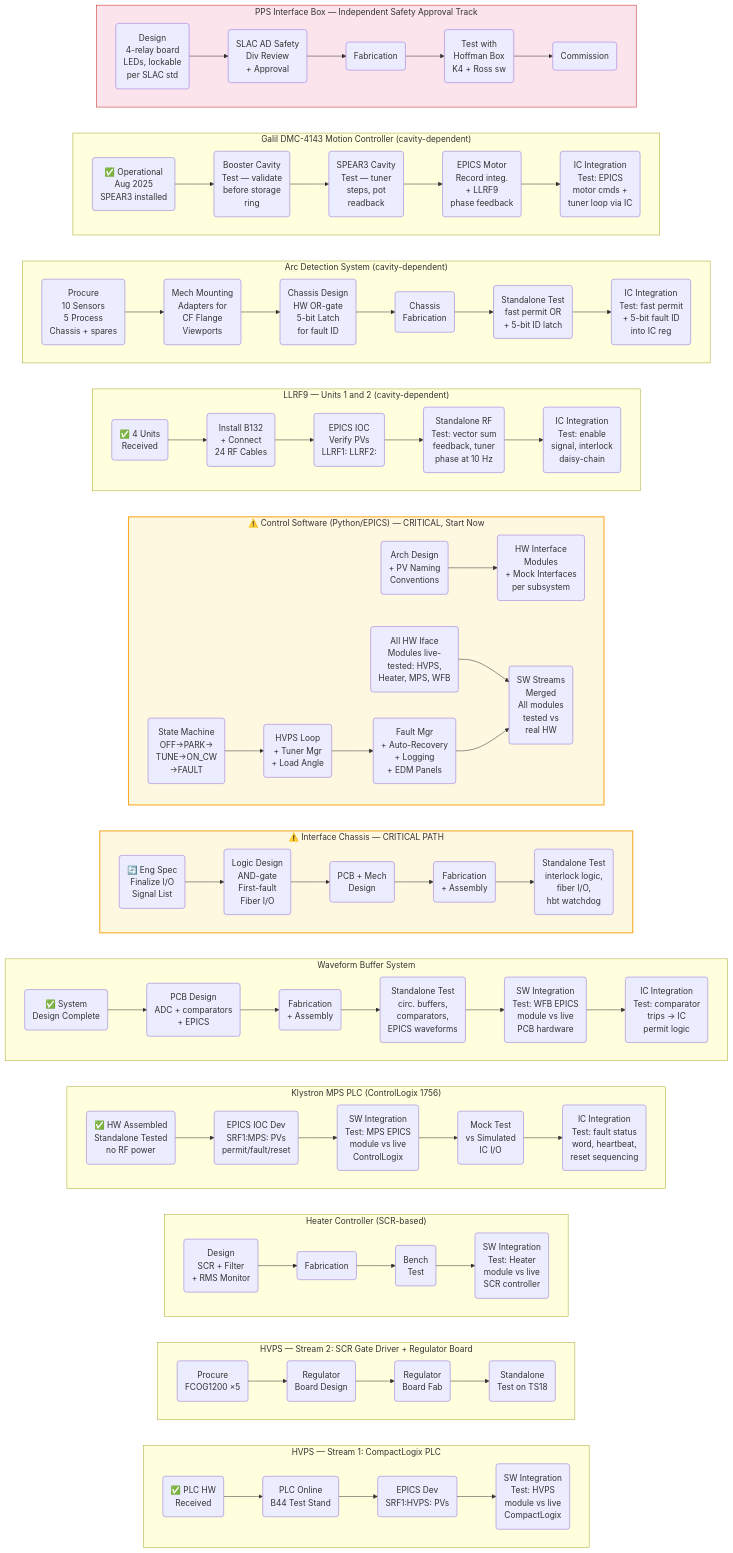
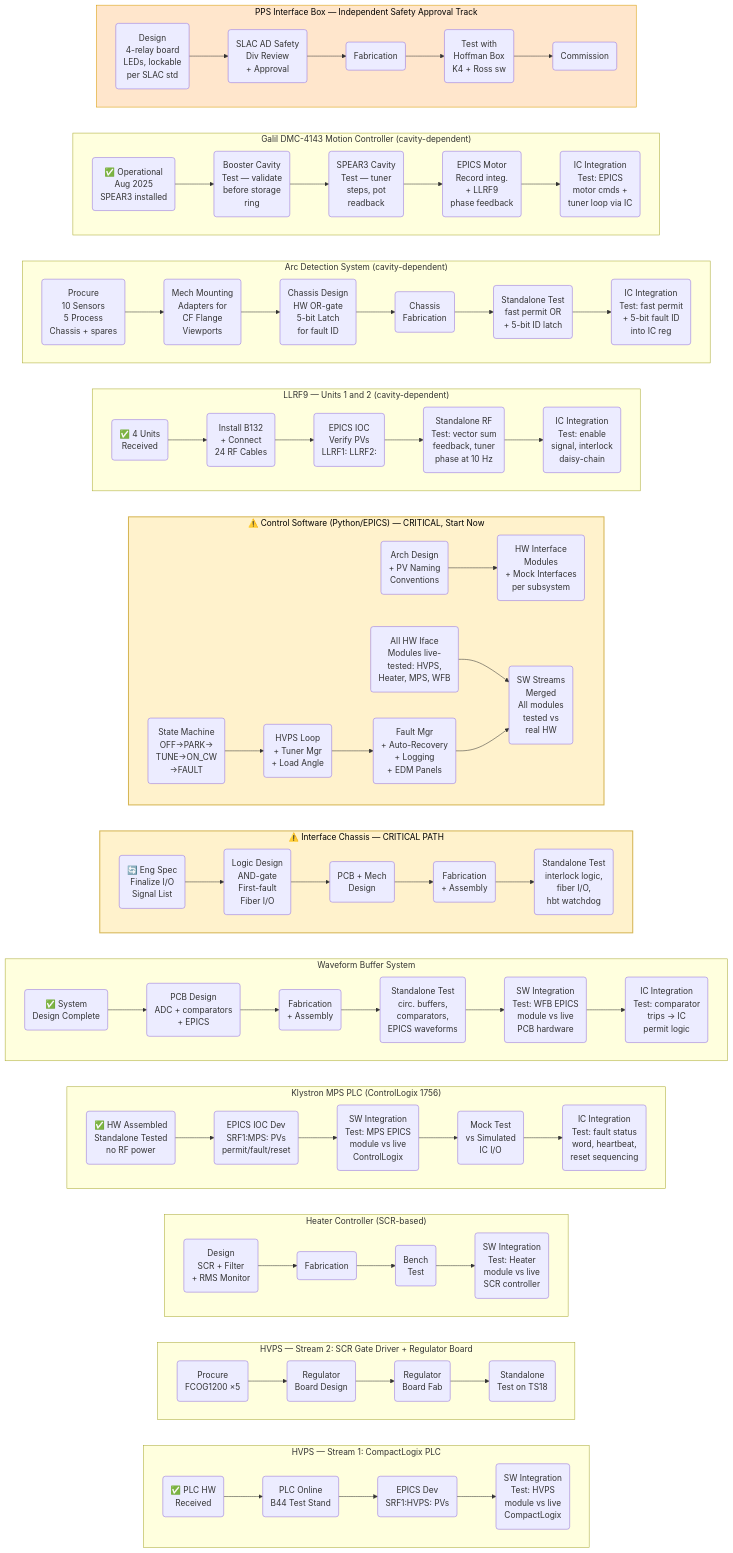
The fourth of 10 diagrams in Designs/ProjectPath_Diagrams.md (fayaw/spearlegacyLLRF), drawn with Mermaid before and after one commit. The commit also changed other lines of this file, not shown here.

First line of the commit message:
Improve project path diagrams: fix colors, timeline, and font sizes

````diff
--- a/Designs/ProjectPath_Diagrams.md
+++ b/Designs/ProjectPath_Diagrams.md
@@ -210,64 +213,64 @@
 ```mermaid
 flowchart LR
     subgraph hw1["HVPS — Stream 1: CompactLogix PLC"]
         direction LR
         HA1("✅ PLC HW<br/>Received") --> HA2("PLC Online<br/>B44 Test Stand") --> HA3("EPICS Dev<br/>SRF1:HVPS: PVs") --> HA4("SW Integration<br/>Test: HVPS<br/>module vs live<br/>CompactLogix")
     end
 
     subgraph hw2["HVPS — Stream 2: SCR Gate Driver + Regulator Board"]
         direction LR
         HB1("Procure<br/>FCOG1200 ×5") --> HB2("Regulator<br/>Board Design") --> HB3("Regulator<br/>Board Fab") --> HB4("Standalone<br/>Test on TS18")
     end
 
     subgraph htr["Heater Controller (SCR-based)"]
         direction LR
         HTR1("Design<br/>SCR + Filter<br/>+ RMS Monitor") --> HTR2("Fabrication") --> HTR3("Bench<br/>Test") --> HTR4("SW Integration<br/>Test: Heater<br/>module vs live<br/>SCR controller")
     end
 
     subgraph mps["Klystron MPS PLC (ControlLogix 1756)"]
         direction LR
         MPS1("✅ HW Assembled<br/>Standalone Tested<br/>no RF power") --> MPS2("EPICS IOC Dev<br/>SRF1:MPS: PVs<br/>permit/fault/reset") --> MSW("SW Integration<br/>Test: MPS EPICS<br/>module vs live<br/>ControlLogix") --> MPS3("Mock Test<br/>vs Simulated<br/>IC I/O") --> MPS4("IC Integration<br/>Test: fault status<br/>word, heartbeat,<br/>reset sequencing")
     end
 
     subgraph wfb["Waveform Buffer System"]
         direction LR
         WFB1("✅ System<br/>Design Complete") --> WFB2("PCB Design<br/>ADC + comparators<br/>+ EPICS") --> WFB3("Fabrication<br/>+ Assembly") --> WFB4("Standalone Test<br/>circ. buffers,<br/>comparators,<br/>EPICS waveforms") --> WSW("SW Integration<br/>Test: WFB EPICS<br/>module vs live<br/>PCB hardware") --> WFB5("IC Integration<br/>Test: comparator<br/>trips → IC<br/>permit logic")
     end
 
     subgraph ic["⚠️ Interface Chassis — CRITICAL PATH"]
         direction LR
         IC1("🔄 Eng Spec<br/>Finalize I/O<br/>Signal List") --> IC2("Logic Design<br/>AND-gate<br/>First-fault<br/>Fiber I/O") --> IC3("PCB + Mech<br/>Design") --> IC4("Fabrication<br/>+ Assembly") --> IC5("Standalone Test<br/>interlock logic,<br/>fiber I/O,<br/>hbt watchdog")
     end
 
     subgraph sw["⚠️ Control Software (Python/EPICS) — CRITICAL, Start Now"]
         direction LR
         SWA1("Arch Design<br/>+ PV Naming<br/>Conventions") --> SWA2("HW Interface<br/>Modules<br/>+ Mock Interfaces<br/>per subsystem")
         SWA3("All HW Iface<br/>Modules live-<br/>tested: HVPS,<br/>Heater, MPS, WFB")
         SWB1("State Machine<br/>OFF→PARK→<br/>TUNE→ON_CW<br/>→FAULT") --> SWB2("HVPS Loop<br/>+ Tuner Mgr<br/>+ Load Angle") --> SWB3("Fault Mgr<br/>+ Auto-Recovery<br/>+ Logging<br/>+ EDM Panels")
         SWA3 & SWB3 --> SWMRG("SW Streams<br/>Merged<br/>All modules<br/>tested vs<br/>real HW")
     end
 
     subgraph llrf["LLRF9 — Units 1 and 2 (cavity-dependent)"]
         direction LR
         L1("✅ 4 Units<br/>Received") --> L2("Install B132<br/>+ Connect<br/>24 RF Cables") --> L3("EPICS IOC<br/>Verify PVs<br/>LLRF1: LLRF2:") --> L4("Standalone RF<br/>Test: vector sum<br/>feedback, tuner<br/>phase at 10 Hz") --> L5("IC Integration<br/>Test: enable<br/>signal, interlock<br/>daisy-chain")
     end
 
     subgraph arc_det["Arc Detection System (cavity-dependent)"]
         direction LR
         ARC1("Procure<br/>10 Sensors<br/>5 Process<br/>Chassis + spares") --> ARC2("Mech Mounting<br/>Adapters for<br/>CF Flange<br/>Viewports") --> ARC3("Chassis Design<br/>HW OR-gate<br/>5-bit Latch<br/>for fault ID") --> ARC4("Chassis<br/>Fabrication") --> ARC5("Standalone Test<br/>fast permit OR<br/>+ 5-bit ID latch") --> ARC6("IC Integration<br/>Test: fast permit<br/>+ 5-bit fault ID<br/>into IC reg")
     end
 
     subgraph gal["Galil DMC-4143 Motion Controller (cavity-dependent)"]
         direction LR
         GAL1("✅ Operational<br/>Aug 2025<br/>SPEAR3 installed") --> GAL2("Booster Cavity<br/>Test — validate<br/>before storage<br/>ring") --> GAL3("SPEAR3 Cavity<br/>Test — tuner<br/>steps, pot<br/>readback") --> GAL4("EPICS Motor<br/>Record integ.<br/>+ LLRF9<br/>phase feedback") --> GAL5("IC Integration<br/>Test: EPICS<br/>motor cmds +<br/>tuner loop via IC")
     end
 
     subgraph pps_track["PPS Interface Box — Independent Safety Approval Track"]
         direction LR
         PPS1("Design<br/>4-relay board<br/>LEDs, lockable<br/>per SLAC std") --> PPS2("SLAC AD Safety<br/>Div Review<br/>+ Approval") --> PPS3("Fabrication") --> PPS4("Test with<br/>Hoffman Box<br/>K4 + Ross sw") --> PPS5("Commission")
     end
 
-    style ic fill:#fff8e1,stroke:#f9a825,stroke-width:2px
-    style sw fill:#fff8e1,stroke:#f9a825,stroke-width:2px
-    style pps_track fill:#fce4ec,stroke:#c62828,stroke-width:1px
+    style ic fill:#fff2cc,stroke:#d6b656,stroke-width:2px,color:#000000
+    style sw fill:#fff2cc,stroke:#d6b656,stroke-width:2px,color:#000000
+    style pps_track fill:#ffe6cc,stroke:#d79b00,stroke-width:1px,color:#000000
 ```
````
